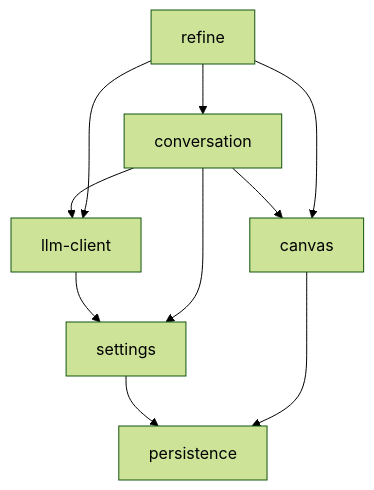
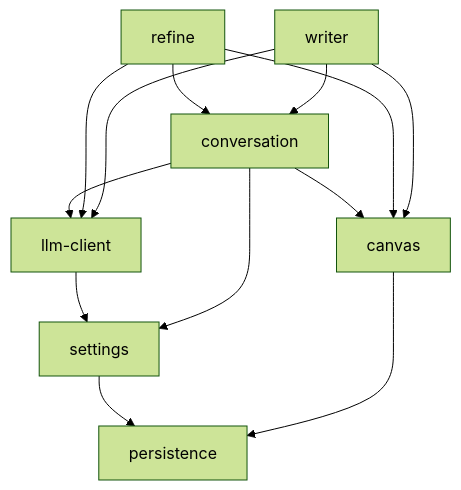
The diagram in docs/05-modules.md (zww0019/power-chat), drawn with Mermaid (forest theme) before and after one commit. The commit also changed other lines of this file and 12 other files, not shown here.

````diff
--- a/docs/05-modules.md
+++ b/docs/05-modules.md
@@ -182,13 +217,16 @@
 ```mermaid
 graph TD
     persistence
     settings --> persistence
     llm[llm-client] --> settings
     canvas --> persistence
     conversation --> canvas
     conversation --> llm
     conversation --> settings
     refine --> canvas
     refine --> conversation
     refine --> llm
+    writer --> canvas
+    writer --> conversation
+    writer --> llm
 ```
````
